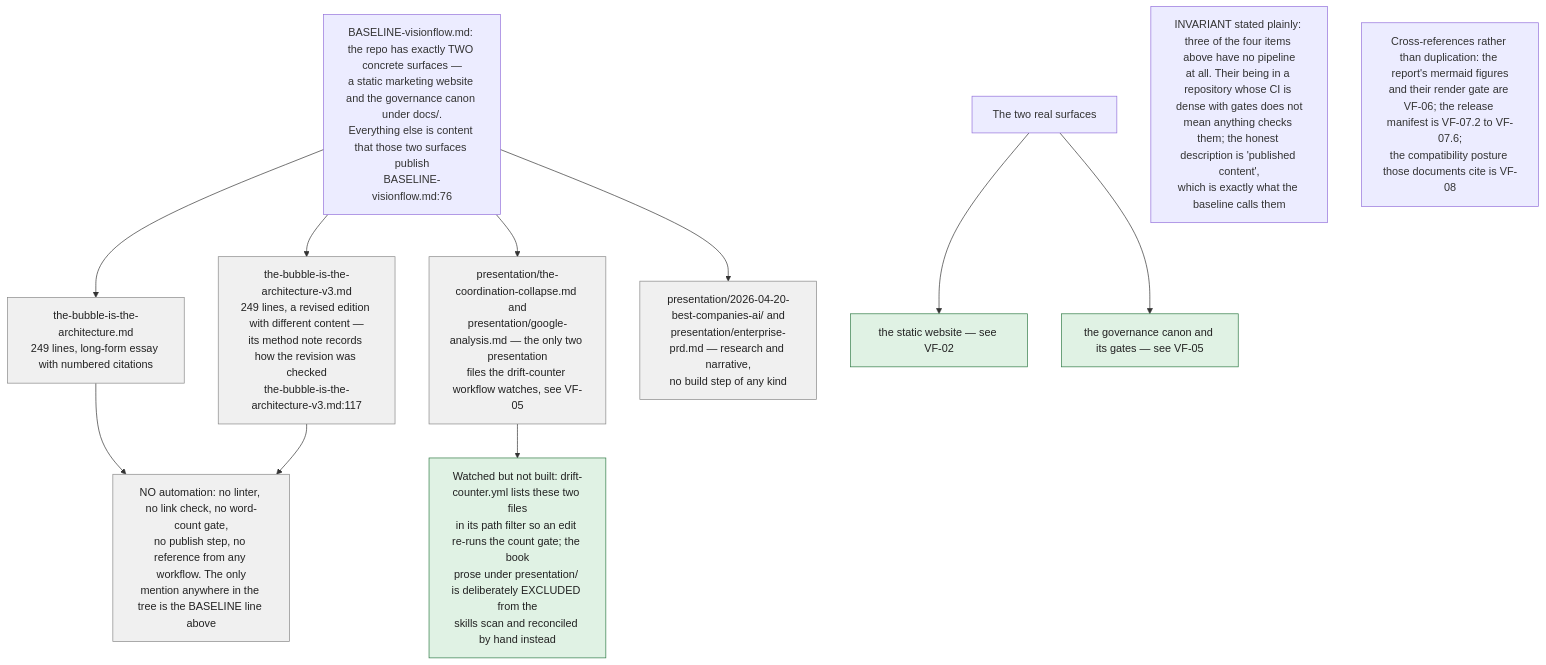
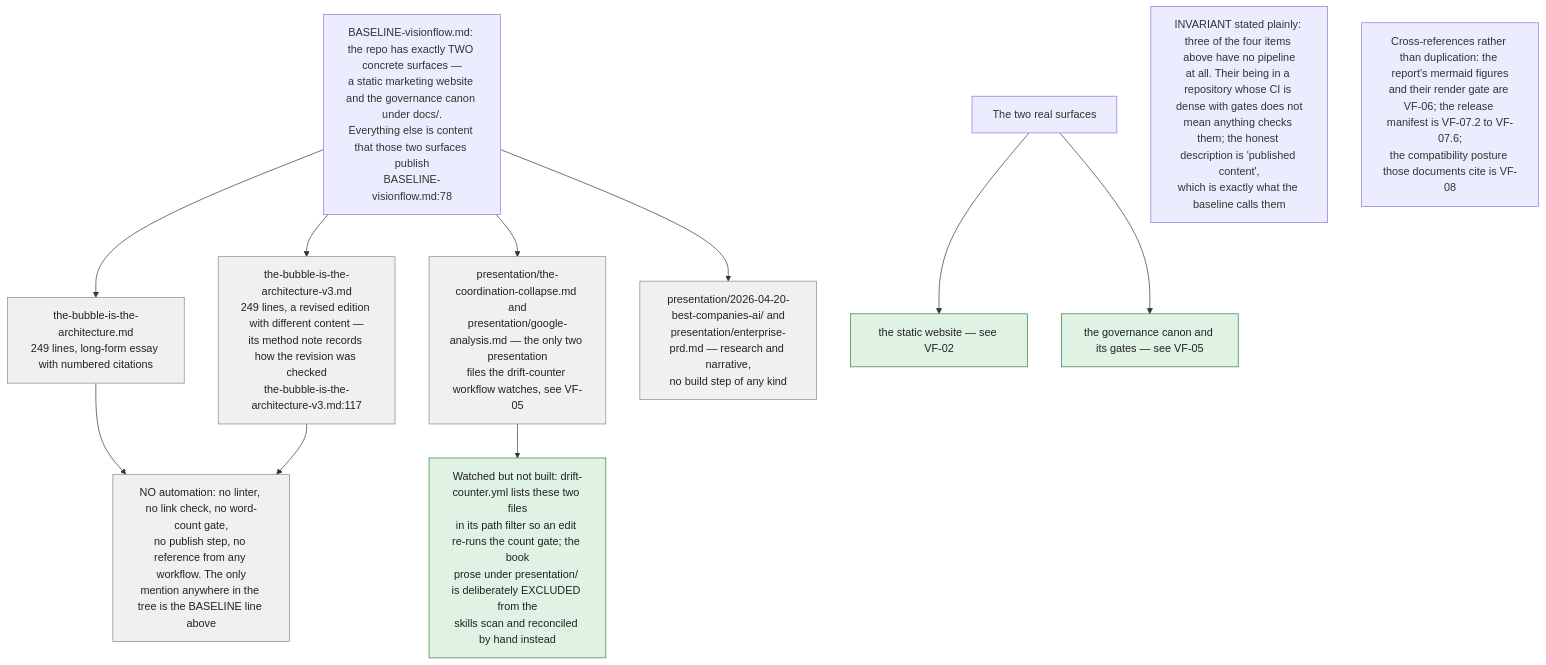
One commit to DreamLab-AI/VisionFlow changed diagram 11 of 11 in docs/diagrams/visionflow/07-pitch-presentation-reports.md. Above: the diagram before and after it, drawn with Mermaid. The commit also changed other lines of this file and 160 other files, not shown here.

````diff
--- a/docs/diagrams/visionflow/07-pitch-presentation-reports.md
+++ b/docs/diagrams/visionflow/07-pitch-presentation-reports.md
@@ -441,24 +441,24 @@
 ```mermaid
 flowchart TB
     classDef content fill:#f0f0f0,stroke:#888,color:#222
     classDef surface fill:#e0f2e4,stroke:#2f7a45,color:#222
 
-    BASE["BASELINE-visionflow.md: the repo has exactly TWO concrete surfaces —<br/>a static marketing website and the governance canon under docs/.<br/>Everything else is content that those two surfaces publish<br/>BASELINE-visionflow.md:76"]
+    BASE["BASELINE-visionflow.md: the repo has exactly TWO concrete surfaces —<br/>a static marketing website and the governance canon under docs/.<br/>Everything else is content that those two surfaces publish<br/>BASELINE-visionflow.md:78"]
 
     BASE --> C1["the-bubble-is-the-architecture.md<br/>249 lines, long-form essay with numbered citations"]:::content
     BASE --> C2["the-bubble-is-the-architecture-v3.md<br/>249 lines, a revised edition with different content —<br/>its method note records how the revision was checked<br/>the-bubble-is-the-architecture-v3.md:117"]:::content
     BASE --> C3["presentation/the-coordination-collapse.md and<br/>presentation/google-analysis.md — the only two presentation<br/>files the drift-counter workflow watches, see VF-05"]:::content
     BASE --> C4["presentation/2026-04-20-best-companies-ai/ and<br/>presentation/enterprise-prd.md — research and narrative,<br/>no build step of any kind"]:::content
 
     C1 --> N1["NO automation: no linter, no link check, no word-count gate,<br/>no publish step, no reference from any workflow. The only<br/>mention anywhere in the tree is the BASELINE line above"]:::content
     C2 --> N1
 
     C3 --> N2["Watched but not built: drift-counter.yml lists these two files<br/>in its path filter so an edit re-runs the count gate; the book<br/>prose under presentation/ is deliberately EXCLUDED from the<br/>skills scan and reconciled by hand instead"]:::surface
 
     SURF["The two real surfaces"] --> S1["the static website — see VF-02"]:::surface
     SURF --> S2["the governance canon and its gates — see VF-05"]:::surface
 
     HONEST["INVARIANT stated plainly: three of the four items above have no pipeline<br/>at all. Their being in a repository whose CI is dense with gates does not<br/>mean anything checks them; the honest description is 'published content',<br/>which is exactly what the baseline calls them"]
 
     XREF["Cross-references rather than duplication: the report's mermaid figures<br/>and their render gate are VF-06; the release manifest is VF-07.2 to VF-07.6;<br/>the compatibility posture those documents cite is VF-08"]
 ```
````
